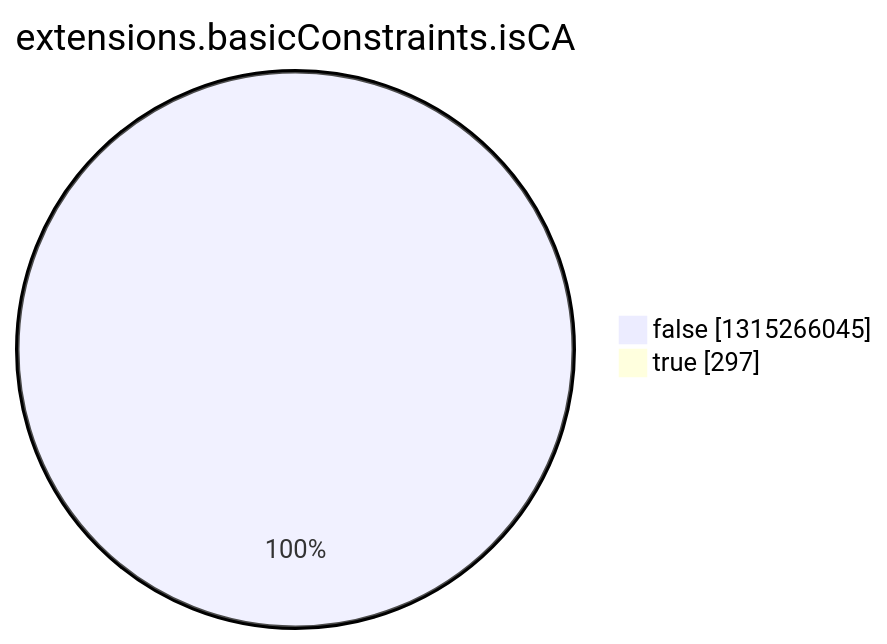
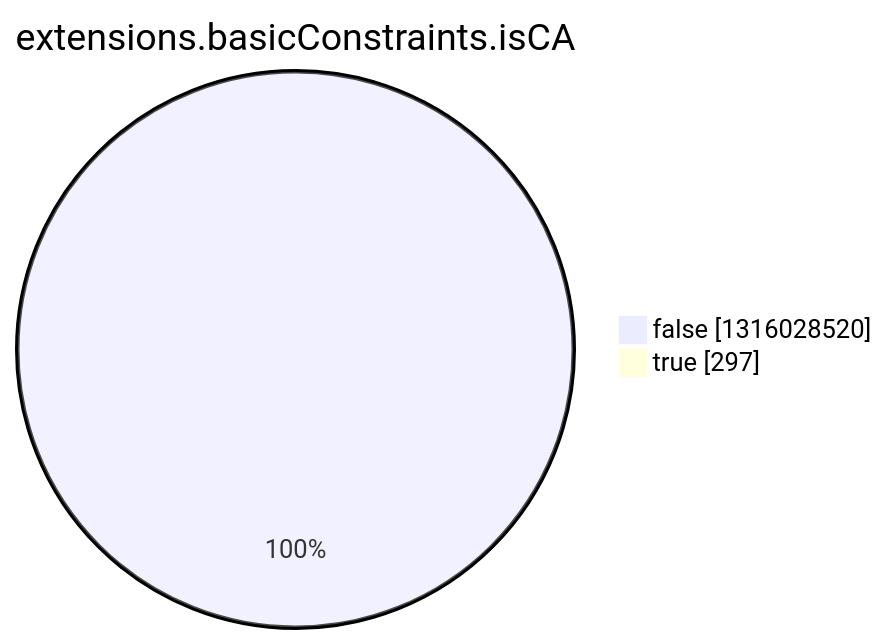
The eighth of 15 diagrams in argon2022/README.md (christiankrug/ctmonitor_visualization), drawn with Mermaid before and after one commit. The commit also changed other lines of this file, not shown here.

````diff
--- a/argon2022/README.md
+++ b/argon2022/README.md
@@ -2758,6 +2758,6 @@
 ```mermaid
 pie showData
 title extensions.basicConstraints.isCA
-"false" :1315266045
+"false" :1316028520
 "true" :297
 ```
````
